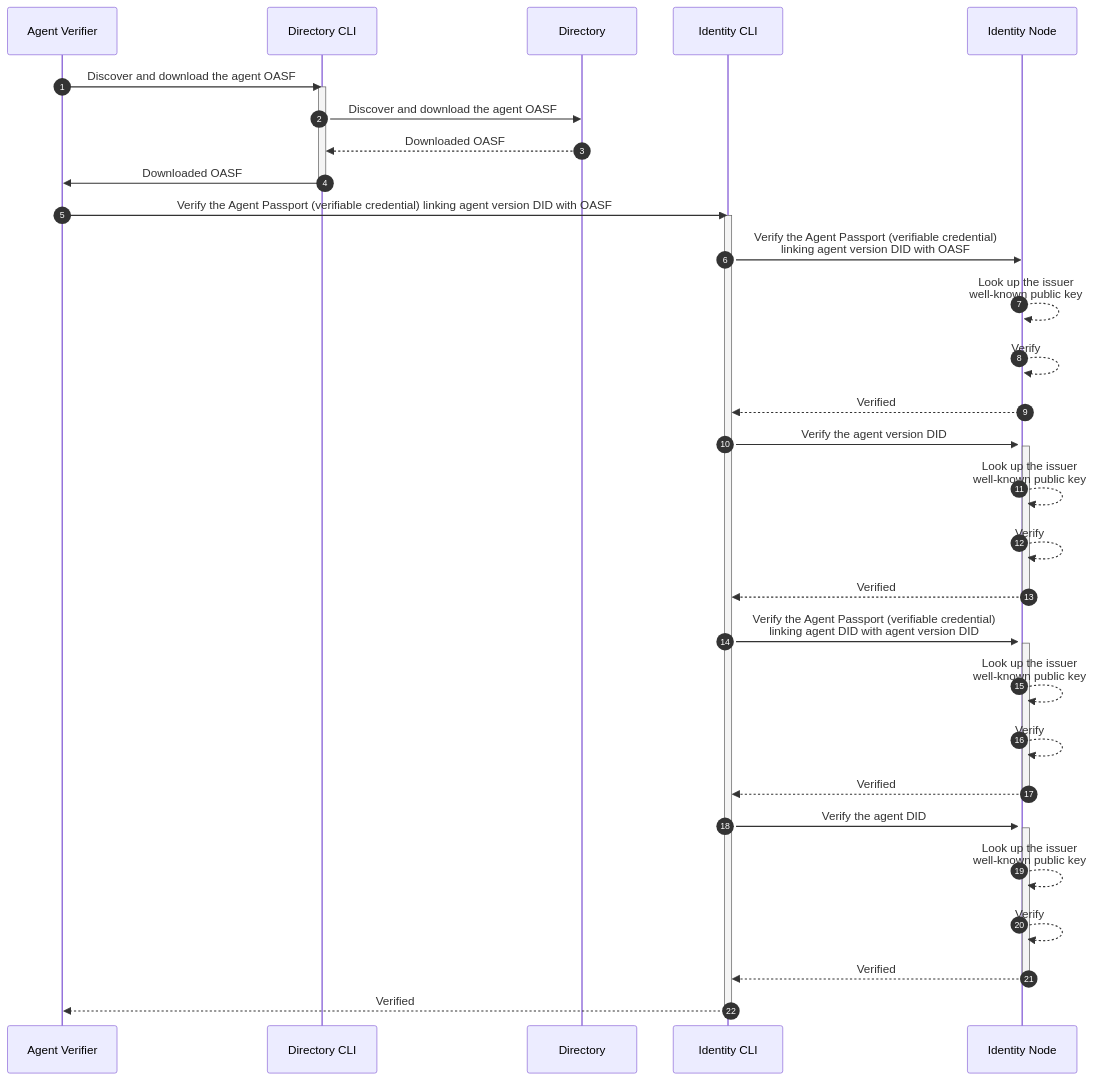
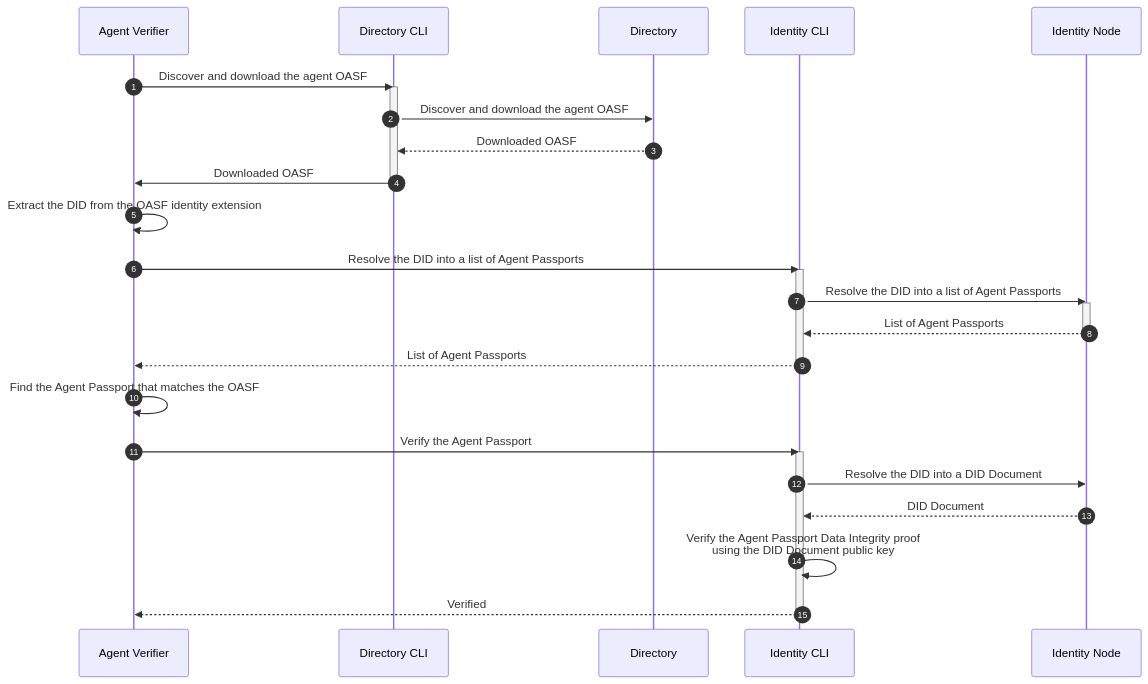
Before and after one commit to agntcy/identity-spec: the third of 4 diagrams in docs-src/docs/specs/flows/agntcy.md, drawn with Mermaid. The commit also changed other lines of this file and 1 other file, not shown here.

Commit message:
doc(seq): introduced a new version of the agntcy seq flows

````diff
--- a/docs-src/docs/specs/flows/agntcy.md
+++ b/docs-src/docs/specs/flows/agntcy.md
@@ -123,47 +105,34 @@
 ```mermaid
 sequenceDiagram
 autonumber
 
 % Discover + download the agent OASF
 Agent Verifier->>Directory CLI: Discover and download the agent OASF
 activate Directory CLI
 Directory CLI->>Directory: Discover and download the agent OASF
 Directory-->>Directory CLI: Downloaded OASF
 Directory CLI->>Agent Verifier: Downloaded OASF
 deactivate Directory CLI
 
-% Verify the agent version DID linking OASF verifiable credential
-Agent Verifier->>Identity CLI: Verify the Agent Passport (verifiable credential) linking agent version DID with OASF
+Agent Verifier->>Agent Verifier: Extract the DID from the OASF identity extension
+
+% Resolve the DID into a list of Agent Passports
+Agent Verifier->>Identity CLI: Resolve the DID into a list of Agent Passports
 activate Identity CLI
-Identity CLI->>Identity Node: Verify the Agent Passport (verifiable credential)<br/>linking agent version DID with OASF
+Identity CLI->>Identity Node: Resolve the DID into a list of Agent Passports
 activate Identity Node
-Identity Node-->>Identity Node: Look up the issuer<br/>well-known public key
-Identity Node-->>Identity Node: Verify
-Identity Node-->>Identity CLI: Verified
+Identity Node-->>Identity CLI: List of Agent Passports
+deactivate Identity Node
+Identity CLI-->>Agent Verifier: List of Agent Passports
+deactivate Identity CLI
 
-% Verify the agent version DID linking OASF verifiable credential
-Identity CLI->>Identity Node: Verify the agent version DID
-activate Identity Node
-Identity Node-->>Identity Node: Look up the issuer<br/>well-known public key
-Identity Node-->>Identity Node: Verify
-Identity Node-->>Identity CLI: Verified
-deactivate Identity Node
-
-% Verify the agent DID linking agent version DID verifiable credential
-Identity CLI->>Identity Node: Verify the Agent Passport (verifiable credential)<br/>linking agent DID with agent version DID
-activate Identity Node
-Identity Node-->>Identity Node: Look up the issuer<br/>well-known public key
-Identity Node-->>Identity Node: Verify
-Identity Node-->>Identity CLI: Verified
-deactivate Identity Node
-
-% Verify the agent DID
-Identity CLI->>Identity Node: Verify the agent DID
-activate Identity Node
-Identity Node-->>Identity Node: Look up the issuer<br/>well-known public key
-Identity Node-->>Identity Node: Verify
-Identity Node-->>Identity CLI: Verified
-deactivate Identity Node
+% Find and verify the Agent Passport
+Agent Verifier->>Agent Verifier: Find the Agent Passport that matches the OASF
+Agent Verifier->>Identity CLI: Verify the Agent Passport
+activate Identity CLI
+Identity CLI->>Identity Node: Resolve the DID into a DID Document
+Identity Node-->>Identity CLI: DID Document
+Identity CLI->>Identity CLI: Verify the Agent Passport Data Integrity proof<br/>using the DID Document public key
 Identity CLI-->>Agent Verifier: Verified
 deactivate Identity CLI
 ```
````
